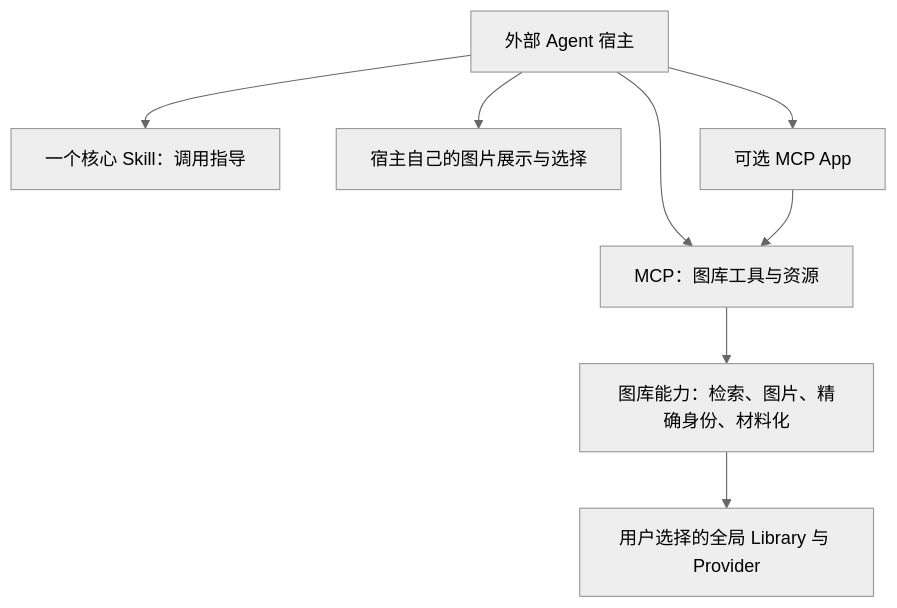
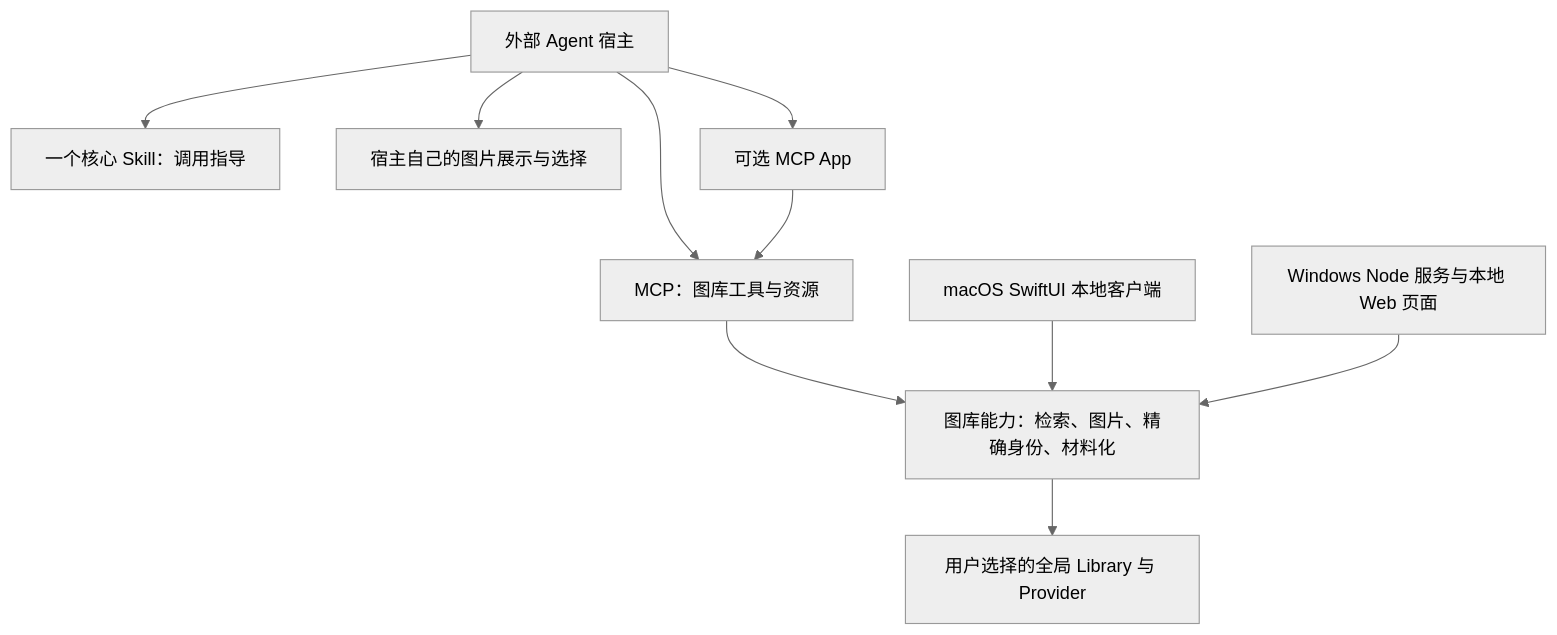
One commit to xuzhougeng/ScientificFigureLibrary changed the diagram in docs/AGENT_INTEGRATION.md. Above: the diagram before and after it, drawn with Mermaid (neutral theme). The commit also changed other lines of this file and 3 other files, not shown here.

Commit message:
docs: define local image-code client and platform architecture

````diff
--- a/docs/AGENT_INTEGRATION.md
+++ b/docs/AGENT_INTEGRATION.md
@@ -14,10 +16,12 @@
 ```mermaid
 flowchart TB
     Host[外部 Agent 宿主] --> Skill[一个核心 Skill：调用指导]
     Host --> MCP[MCP：图库工具与资源]
     MCP --> Core[图库能力：检索、图片、精确身份、材料化]
     Core --> Library[用户选择的全局 Library 与 Provider]
     Host --> Native[宿主自己的图片展示与选择]
     Host --> App[可选 MCP App]
     App --> MCP
+    Mac[macOS SwiftUI 本地客户端] --> Core
+    Windows[Windows Node 服务与本地 Web 页面] --> Core
 ```
````
